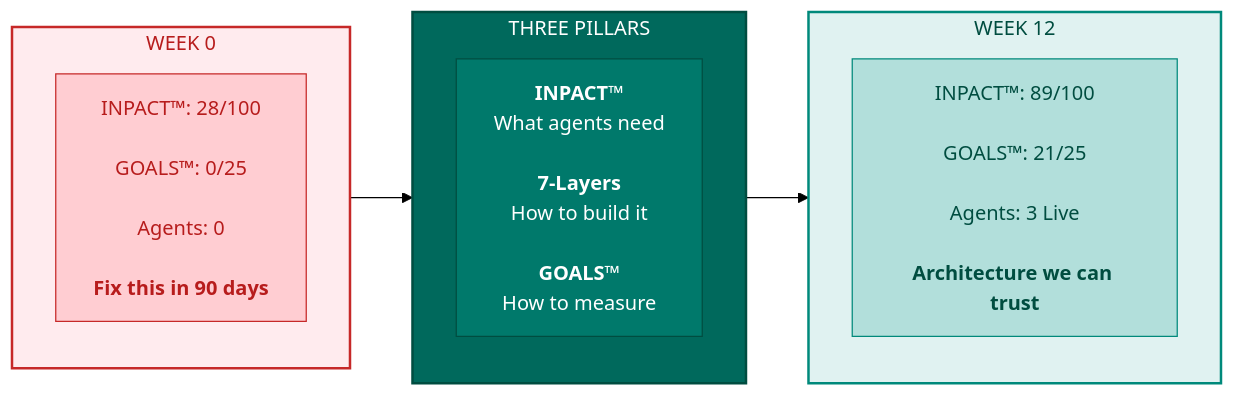
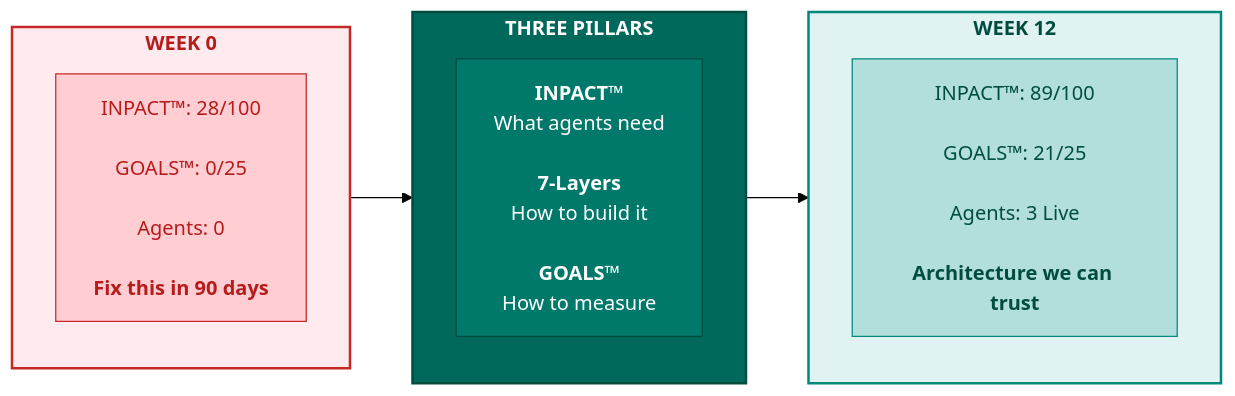
Before and after one commit to saitejesh-cyber/trust-before-intelligence-book: diagram 11 of 11 in manuscript/09_chapter_8_architecture_of_trust_in_action.md, drawn with Mermaid (forest theme). The commit also changed other lines of this file, not shown here.

````diff
--- a/manuscript/09_chapter_8_architecture_of_trust_in_action.md
+++ b/manuscript/09_chapter_8_architecture_of_trust_in_action.md
@@ -914,28 +914,28 @@
 ```mermaid
 
 graph LR
-  subgraph BEFORE["WEEK 0"]
+  subgraph BEFORE["<b>WEEK 0</b>"]
     direction TB
     B1["INPACT™: 28/100<br/><br/>GOALS™: 0/25<br/><br/>Agents: 0<br/><br/><b>Fix this in 90 days</b>"]
   end
   
-  subgraph PILLARS["THREE PILLARS"]
+  subgraph PILLARS["<b>THREE PILLARS</b>"]
     direction TB
     P1["<b>INPACT™</b><br/>What agents need<br/><br/><b>7-Layers</b><br/>How to build it<br/><br/><b>GOALS™</b><br/>How to measure"]
   end
   
-  subgraph AFTER["WEEK 12"]
+  subgraph AFTER["<b>WEEK 12</b>"]
     direction TB
     A1["INPACT™: 89/100<br/><br/>GOALS™: 21/25<br/><br/>Agents: 3 Live<br/><br/><b>Architecture we can trust</b>"]
   end
   
   BEFORE --> PILLARS --> AFTER
   
   style BEFORE fill:#ffebee,stroke:#c62828,stroke-width:2px,color:#b71c1c
   style PILLARS fill:#00695c,stroke:#004d40,stroke-width:2px,color:#ffffff
   style AFTER fill:#e0f2f1,stroke:#00897b,stroke-width:2px,color:#004d40
   style B1 fill:#ffcdd2,stroke:#c62828,color:#b71c1c
   style P1 fill:#00796b,stroke:#004d40,color:#ffffff
   style A1 fill:#b2dfdb,stroke:#00897b,color:#004d40
 
 ```
````
